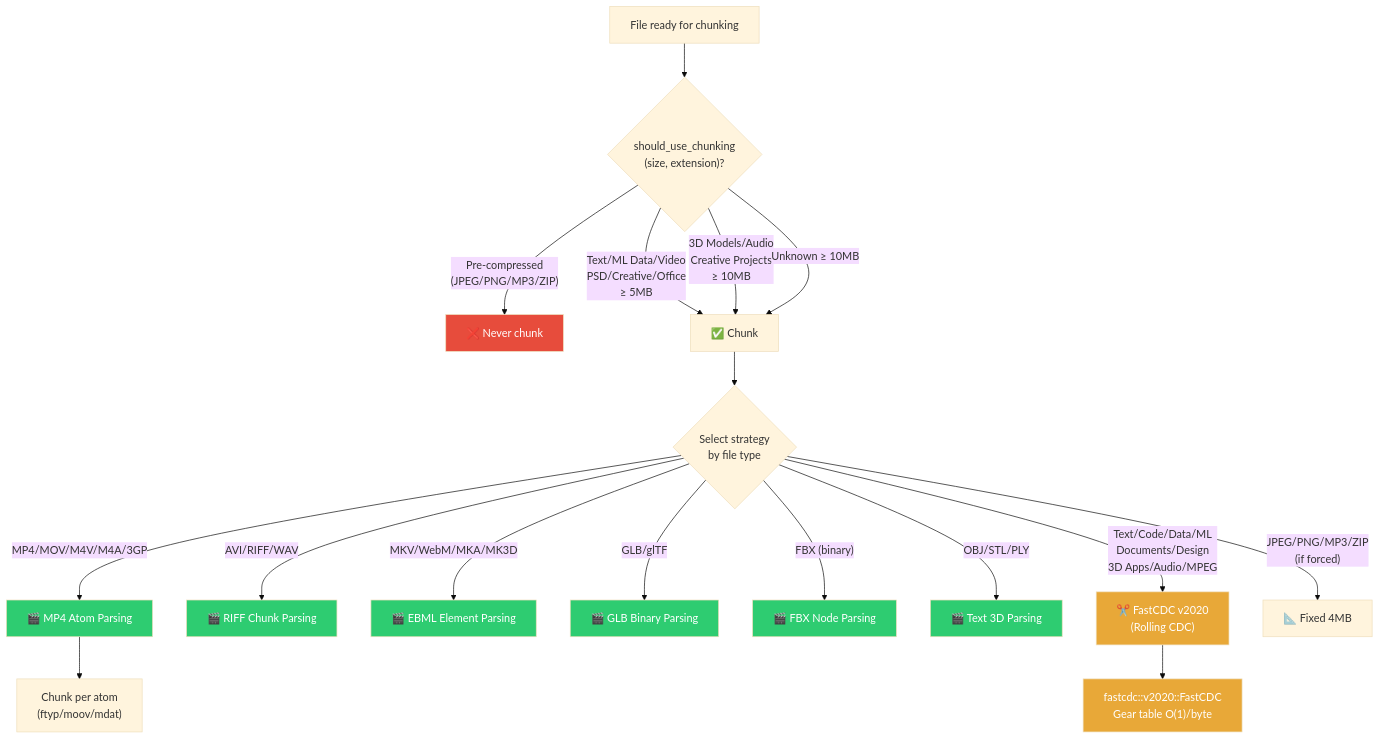
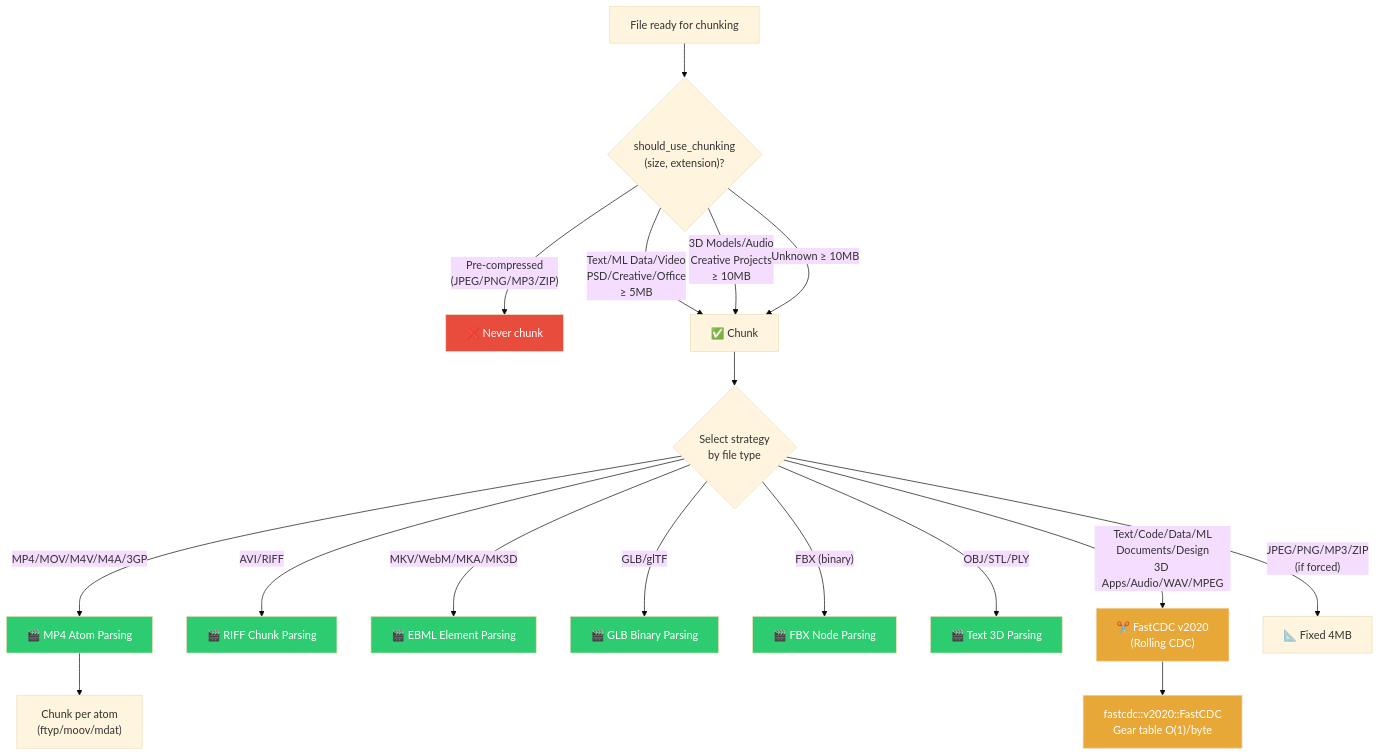
Before and after one commit to winnyboy5/mediagit-core: the fourth of 12 diagrams in ARCHITECTURE.md, drawn with Mermaid (base theme). The commit also changed other lines of this file and 29 other files, not shown here.

````diff
--- a/ARCHITECTURE.md
+++ b/ARCHITECTURE.md
@@ -303,30 +303,30 @@
 ```mermaid
 graph TD
     A["File ready for chunking"] --> B{"should_use_chunking<br/>(size, extension)?"}
     B -->|"Pre-compressed<br/>(JPEG/PNG/MP3/ZIP)"| C["❌ Never chunk"]
     B -->|"Text/ML Data/Video<br/>PSD/Creative/Office<br/>≥ 5MB"| D["✅ Chunk"]
     B -->|"3D Models/Audio<br/>Creative Projects<br/>≥ 10MB"| D
     B -->|"Unknown ≥ 10MB"| D
     D --> E{"Select strategy<br/>by file type"}
     E -->|"MP4/MOV/M4V/M4A/3GP"| F["🎬 MP4 Atom Parsing"]
-    E -->|"AVI/RIFF/WAV"| G["🎬 RIFF Chunk Parsing"]
+    E -->|"AVI/RIFF"| G["🎬 RIFF Chunk Parsing"]
     E -->|"MKV/WebM/MKA/MK3D"| H["🎬 EBML Element Parsing"]
     E -->|"GLB/glTF"| I["🎬 GLB Binary Parsing"]
     E -->|"FBX (binary)"| J["🎬 FBX Node Parsing"]
     E -->|"OBJ/STL/PLY"| K["🎬 Text 3D Parsing"]
-    E -->|"Text/Code/Data/ML<br/>Documents/Design<br/>3D Apps/Audio/MPEG"| L["✂️ FastCDC v2020<br/>(Rolling CDC)"]
+    E -->|"Text/Code/Data/ML<br/>Documents/Design<br/>3D Apps/Audio/WAV/MPEG"| L["✂️ FastCDC v2020<br/>(Rolling CDC)"]
     E -->|"JPEG/PNG/MP3/ZIP<br/>(if forced)"| M["📐 Fixed 4MB"]
 
     L --> N["fastcdc::v2020::FastCDC<br/>Gear table O(1)/byte"]
     F --> O["Chunk per atom<br/>(ftyp/moov/mdat)"]
 
     style L fill:#E8A838,color:#fff
     style N fill:#E8A838,color:#fff
     style F fill:#2ECC71,color:#fff
     style G fill:#2ECC71,color:#fff
     style H fill:#2ECC71,color:#fff
     style I fill:#2ECC71,color:#fff
     style J fill:#2ECC71,color:#fff
     style K fill:#2ECC71,color:#fff
     style C fill:#e74c3c,color:#fff
 ```
````
